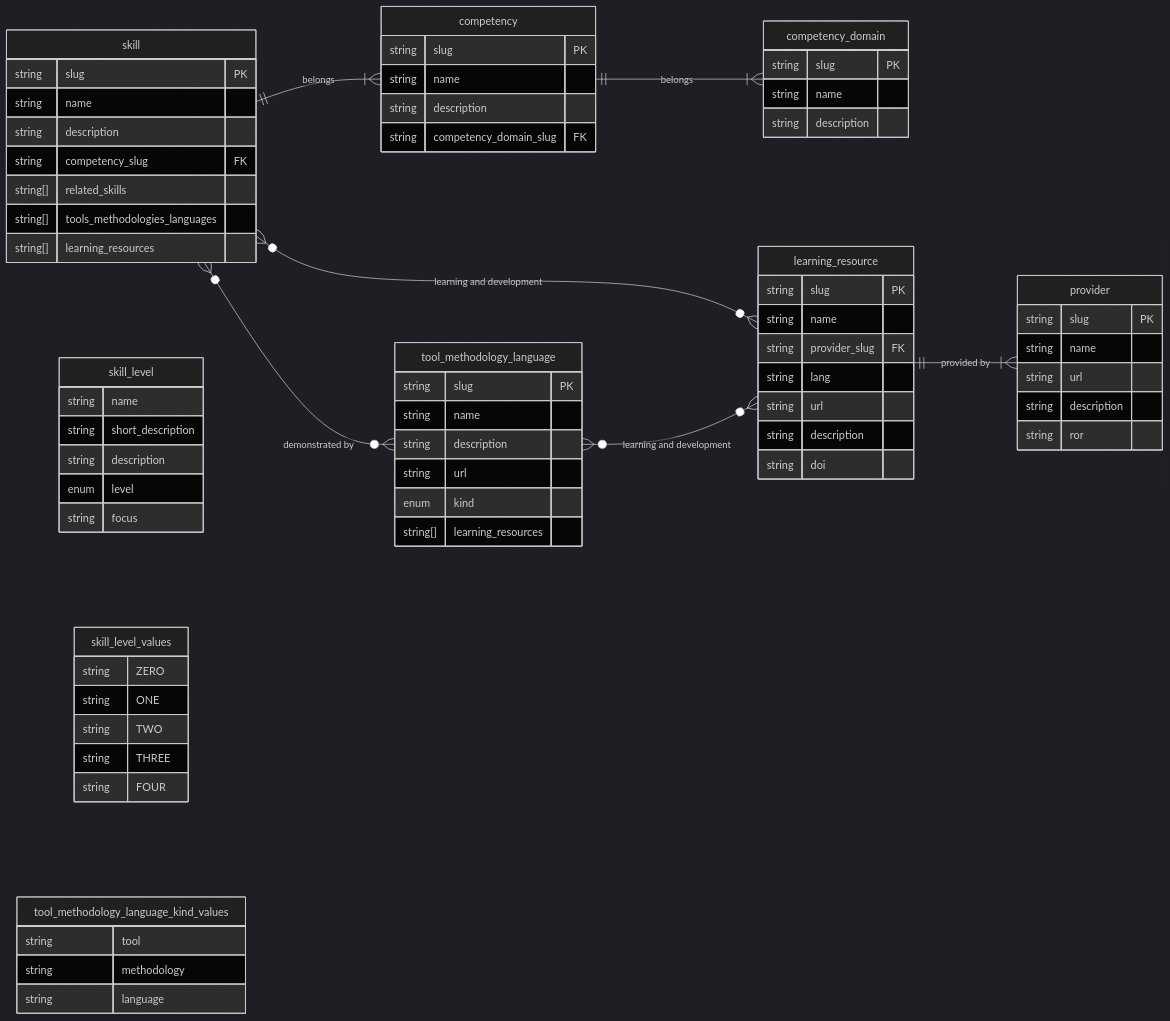
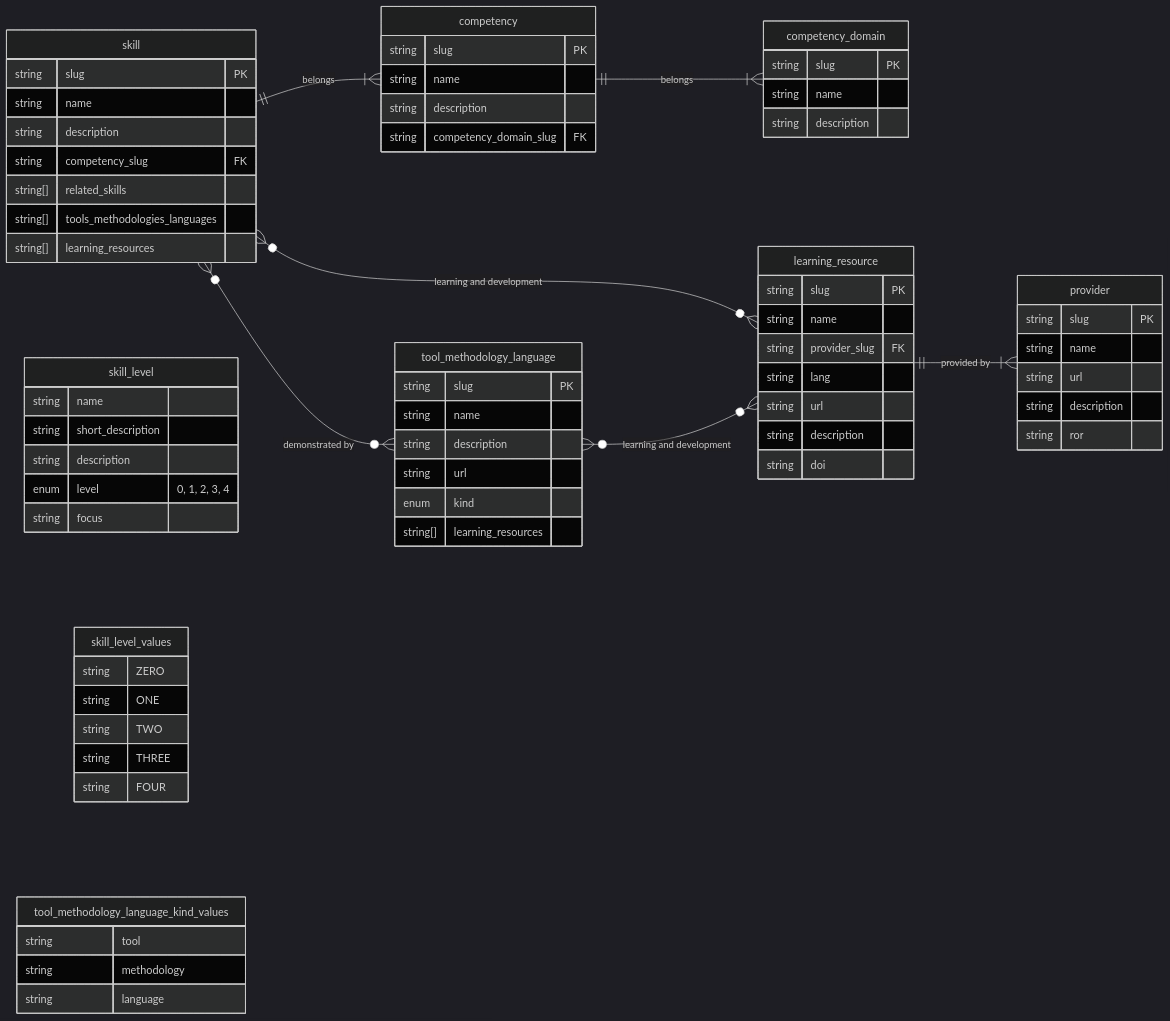
The diagram in framework/README.md (direct-framework/digital-research-competencies-framework), drawn with Mermaid (dark theme) before and after one commit.

````diff
--- a/framework/README.md
+++ b/framework/README.md
@@ -17,82 +17,82 @@
 ```mermaid
 erDiagram
     direction LR
     competency ||--|{competency_domain : belongs
     skill ||--|{ competency : belongs
     skill }o--o{ tool_methodology_language : "demonstrated by"
     skill }o--o{ learning_resource: "learning and development"
     tool_methodology_language }o--o{ learning_resource : "learning and development"
     learning_resource ||--|{ provider : "provided by"
 
     competency_domain {
             string slug PK
 	    string name
 	    string description
     }
 
     competency {
 	    string slug PK
 	    string name
 	    string description
 	    string competency_domain_slug FK
     }
 
     skill {
 	    string slug PK
 	    string name
 	    string description
 	    string competency_slug FK
             string[] related_skills
             string[] tools_methodologies_languages
             string[] learning_resources
     }
 
     tool_methodology_language {
         string slug PK
         string name
         string description
         string url
         enum kind
         string[] learning_resources
     }
 
     learning_resource {
         string slug PK
         string name
         string provider_slug FK
         string lang
         string url
         string description
         string doi
     }
 
     provider {
         string slug PK
         string name
         string url
         string description
         string ror
     }
 
     skill_level {
 	    string name
 	    string short_description
 	    string description
-            enum level
+            enum level "0, 1, 2, 3, 4"
 		string focus
     }
 
     skill_level_values {
         string ZERO
 		string ONE
         string TWO
         string THREE
         string FOUR
     }
 
     tool_methodology_language_kind_values {
         string tool
 		string methodology
         string language
     }
 ```
````
